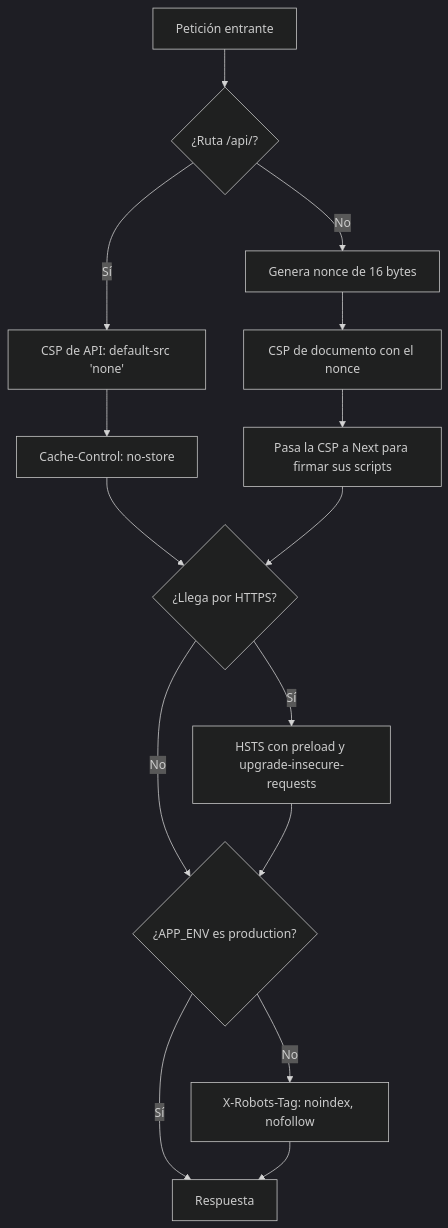
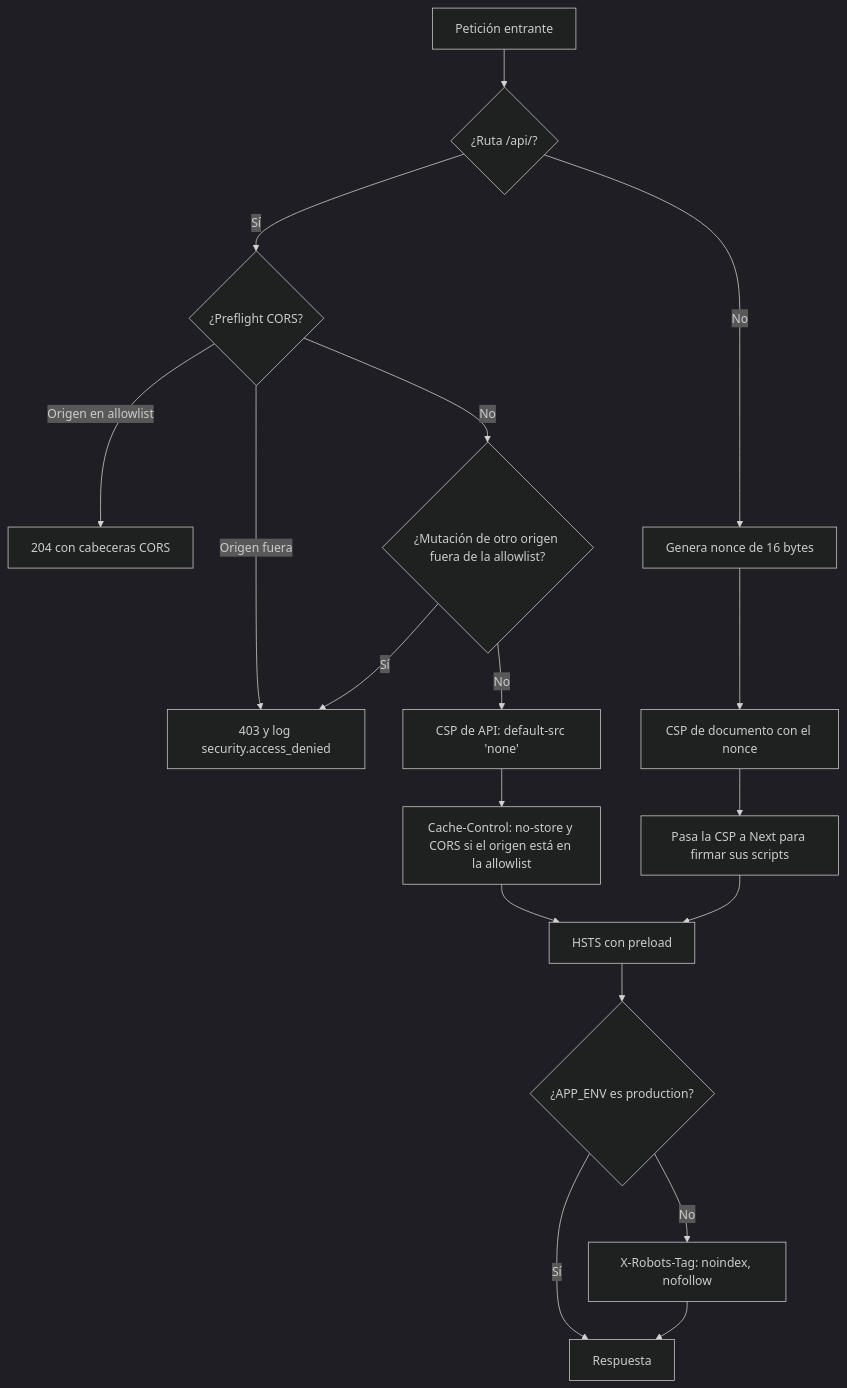
Before and after one commit to julianmeoficial/RutaSegura: the diagram in docs/seguridad.md, drawn with Mermaid (dark theme). The commit also changed other lines of this file and 35 other files, not shown here.

First line of the commit message:
feat: enhance API security with CORS and HSTS implementation

````diff
--- a/docs/seguridad.md
+++ b/docs/seguridad.md
@@ -85,17 +85,20 @@
 ```mermaid
 flowchart TD
     req["Petición entrante"] --> api{"¿Ruta /api/?"}
-    api -- "Sí" --> apiCsp["CSP de API: default-src 'none'"]
-    apiCsp --> noStore["Cache-Control: no-store"]
+    api -- "Sí" --> preflight{"¿Preflight CORS?"}
+    preflight -- "Origen en allowlist" --> ok204["204 con cabeceras CORS"]
+    preflight -- "Origen fuera" --> deny["403 y log security.access_denied"]
+    preflight -- "No" --> csrf{"¿Mutación de otro origen fuera de la allowlist?"}
+    csrf -- "Sí" --> deny
+    csrf -- "No" --> apiCsp["CSP de API: default-src 'none'"]
+    apiCsp --> noStore["Cache-Control: no-store y CORS si el origen está en la allowlist"]
     api -- "No" --> nonce["Genera nonce de 16 bytes"]
     nonce --> docCsp["CSP de documento con el nonce"]
     docCsp --> reqHeader["Pasa la CSP a Next para firmar sus scripts"]
-    noStore --> https{"¿Llega por HTTPS?"}
-    reqHeader --> https
-    https -- "Sí" --> hsts["HSTS con preload y upgrade-insecure-requests"]
-    https -- "No" --> env{"¿APP_ENV es production?"}
-    hsts --> env
+    noStore --> hsts["HSTS con preload"]
+    reqHeader --> hsts
+    hsts --> env{"¿APP_ENV es production?"}
     env -- "No" --> robots["X-Robots-Tag: noindex, nofollow"]
     env -- "Sí" --> resp["Respuesta"]
     robots --> resp
 ```
````
